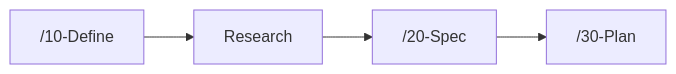
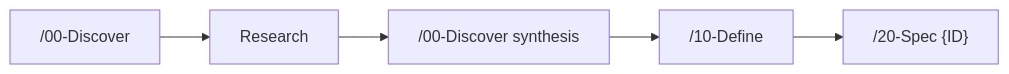
One commit to Jakkrich/nexus-devflow changed the third of 5 diagrams in USAGE.md. Above: the diagram before and after it, drawn with Mermaid. The commit also changed other lines of this file and 80 other files, not shown here.

````diff
--- a/USAGE.md
+++ b/USAGE.md
@@ -161,5 +166,5 @@
 ```mermaid
 flowchart LR
-    D10["/10-Define"] --> R["Research"]
-    R --> D20["/20-Spec"] --> D30["/30-Plan"]
+    D00["/00-Discover"] --> R["Research"]
+    R --> S["/00-Discover synthesis"] --> D10["/10-Define"] --> D20["/20-Spec {ID}"]
 ```
````
